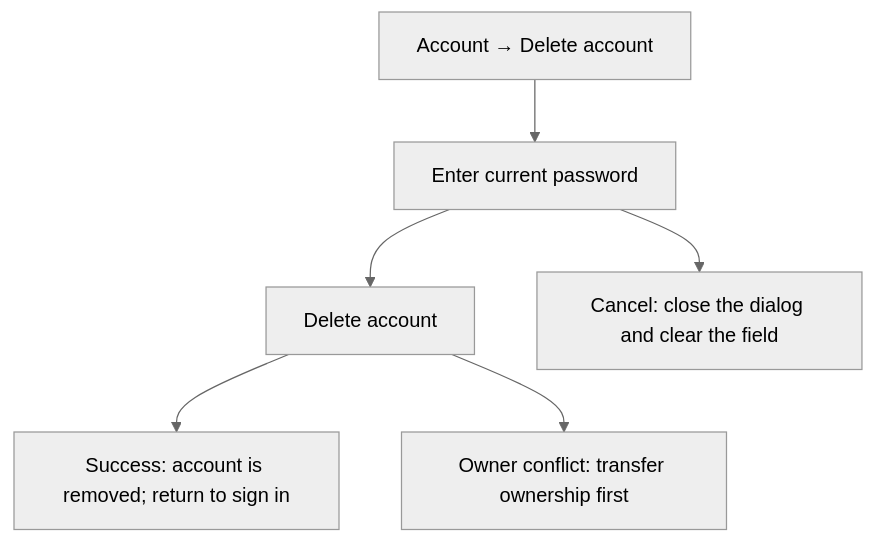
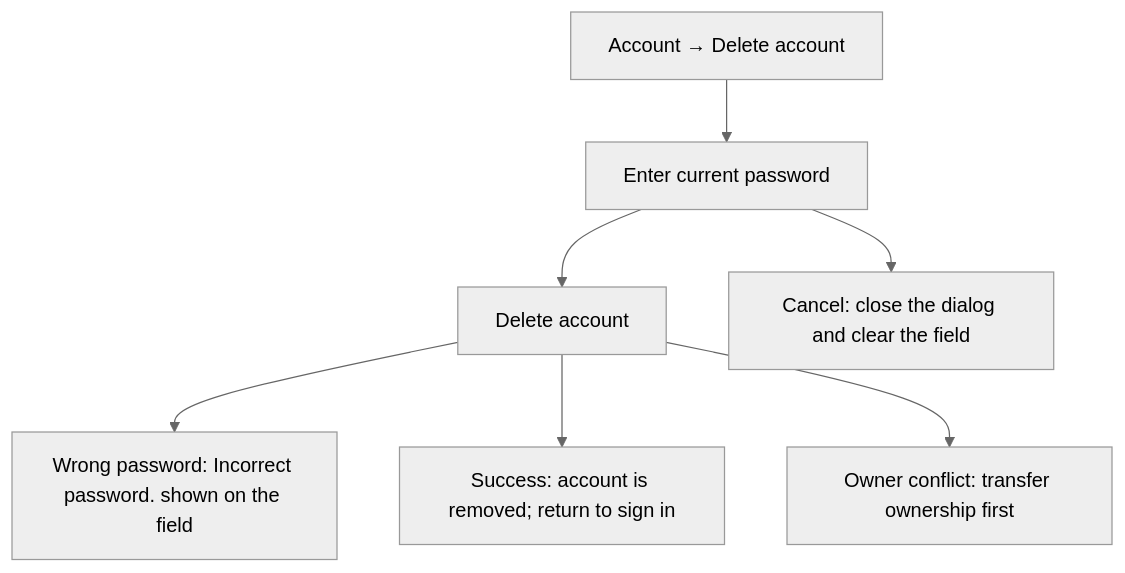
One commit to Kevinjohn/capacitylens changed the first of 2 diagrams in user-stories/account/US-ACCOUNT-05-delete-account.md. Above: the diagram before and after it, drawn with Mermaid (neutral theme). The commit also changed other lines of this file and 17 other files, not shown here.

````diff
--- a/user-stories/account/US-ACCOUNT-05-delete-account.md
+++ b/user-stories/account/US-ACCOUNT-05-delete-account.md
@@ -22,8 +23,9 @@
 ```mermaid
 flowchart TD
   open["Account → Delete account"] --> password["Enter current password"]
   password --> submit["Delete account"]
+  submit --> denied["Wrong password: Incorrect password. shown on the field"]
   submit --> success["Success: account is removed; return to sign in"]
   submit --> owner["Owner conflict: transfer ownership first"]
   password --> cancel["Cancel: close the dialog and clear the field"]
 ```
````
